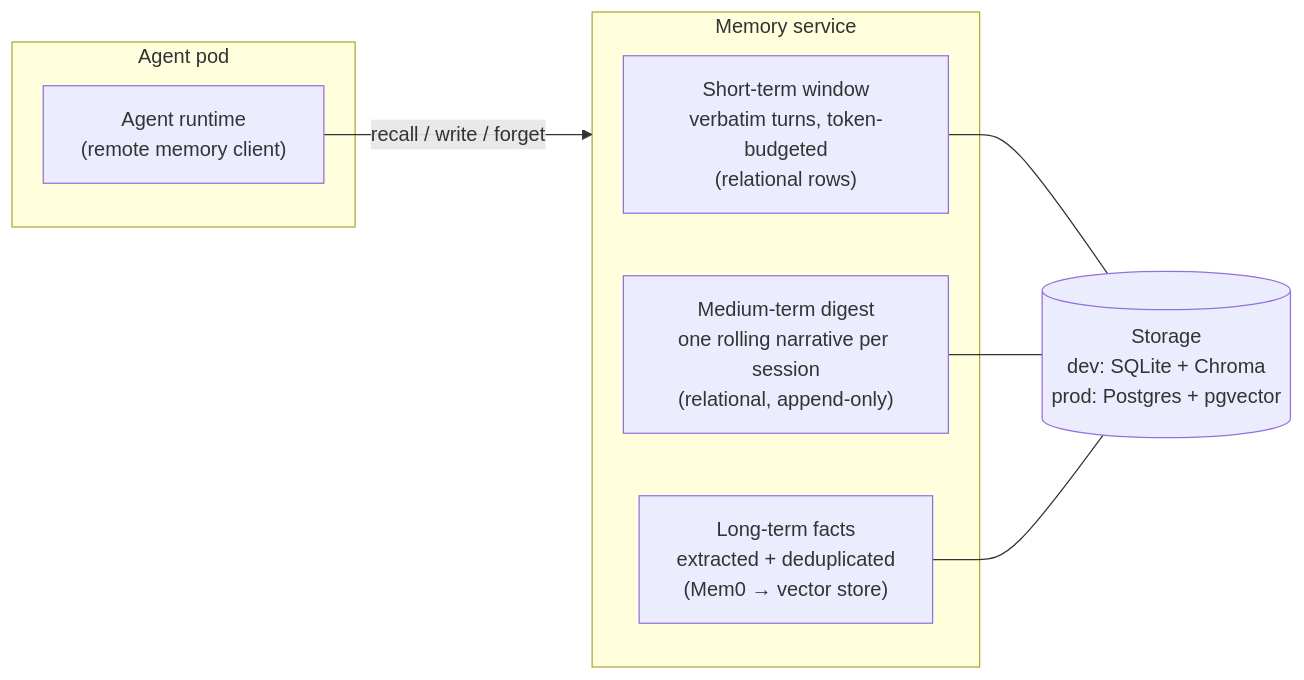
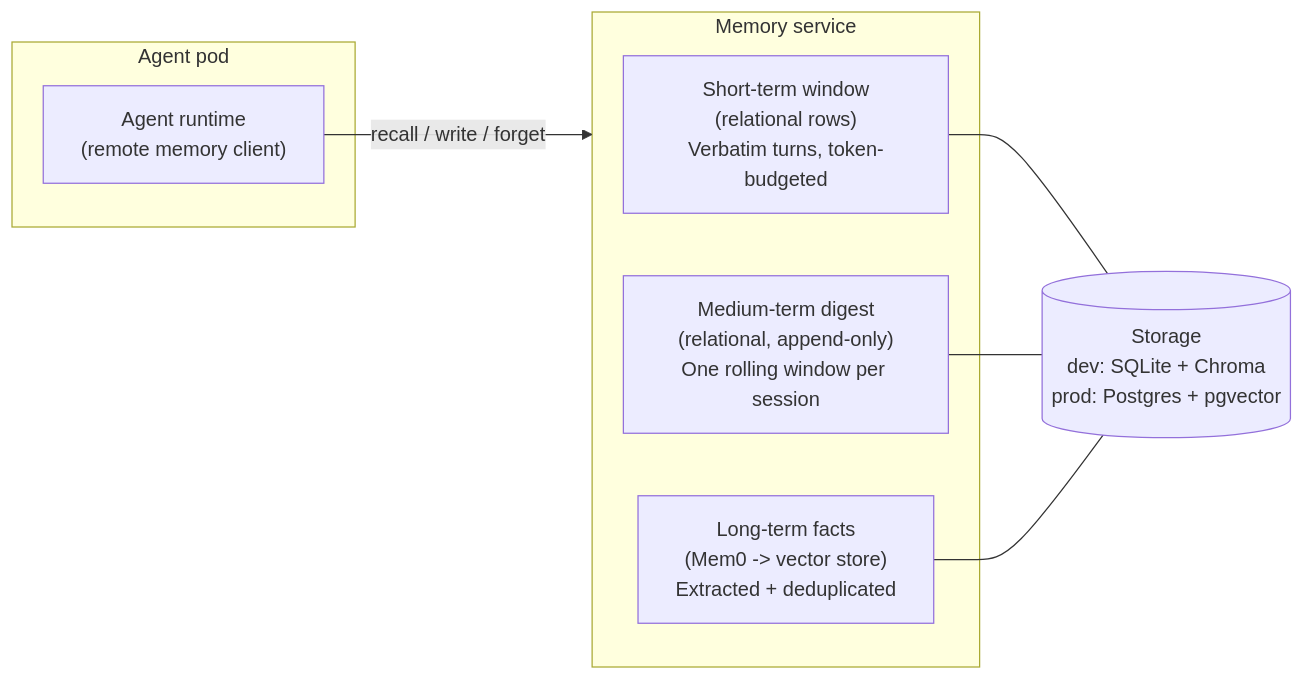
Before and after one commit to axsaucedo/kaos-adrs: the first of 3 diagrams in memory/blog/BLOGPOST_DRAFT_4.md, drawn with Mermaid. The commit also changed other lines of this file, not shown here.

First line of the commit message:
docs(memory-blog): add per-tier survey learnings and reinstate the accuracy trade-off

````diff
--- a/memory/blog/BLOGPOST_DRAFT_4.md
+++ b/memory/blog/BLOGPOST_DRAFT_4.md
@@ -164,16 +193,16 @@
 ```mermaid
 graph LR
   subgraph agent["Agent pod"]
     rt["Agent runtime<br/>(remote memory client)"]
   end
   subgraph svc["Memory service"]
-    st["Short-term window<br/>verbatim turns, token-budgeted<br/>(relational rows)"]
-    mt["Medium-term digest<br/>one rolling narrative per session<br/>(relational, append-only)"]
-    lt["Long-term facts<br/>extracted + deduplicated<br/>(Mem0 → vector store)"]
+    st["Short-term window<br/>(relational rows)<br/>Verbatim turns, token-budgeted"]
+    mt["Medium-term digest<br/>(relational, append-only)<br/>One rolling window per session"]
+    lt["Long-term facts<br/>(Mem0 -> vector store)<br/>Extracted + deduplicated"]
   end
   store[("Storage<br/>dev: SQLite + Chroma<br/>prod: Postgres + pgvector")]
   rt -->|recall / write / forget| svc
   st --- store
   mt --- store
   lt --- store
 ```
````
